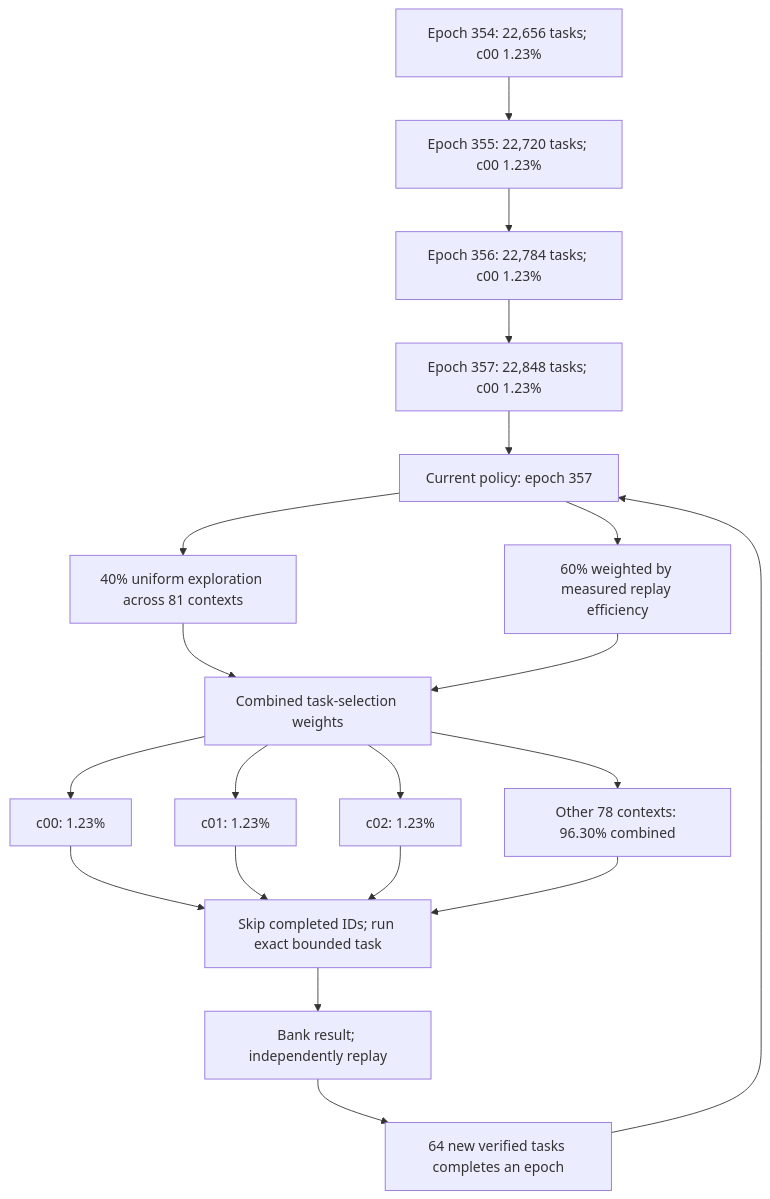
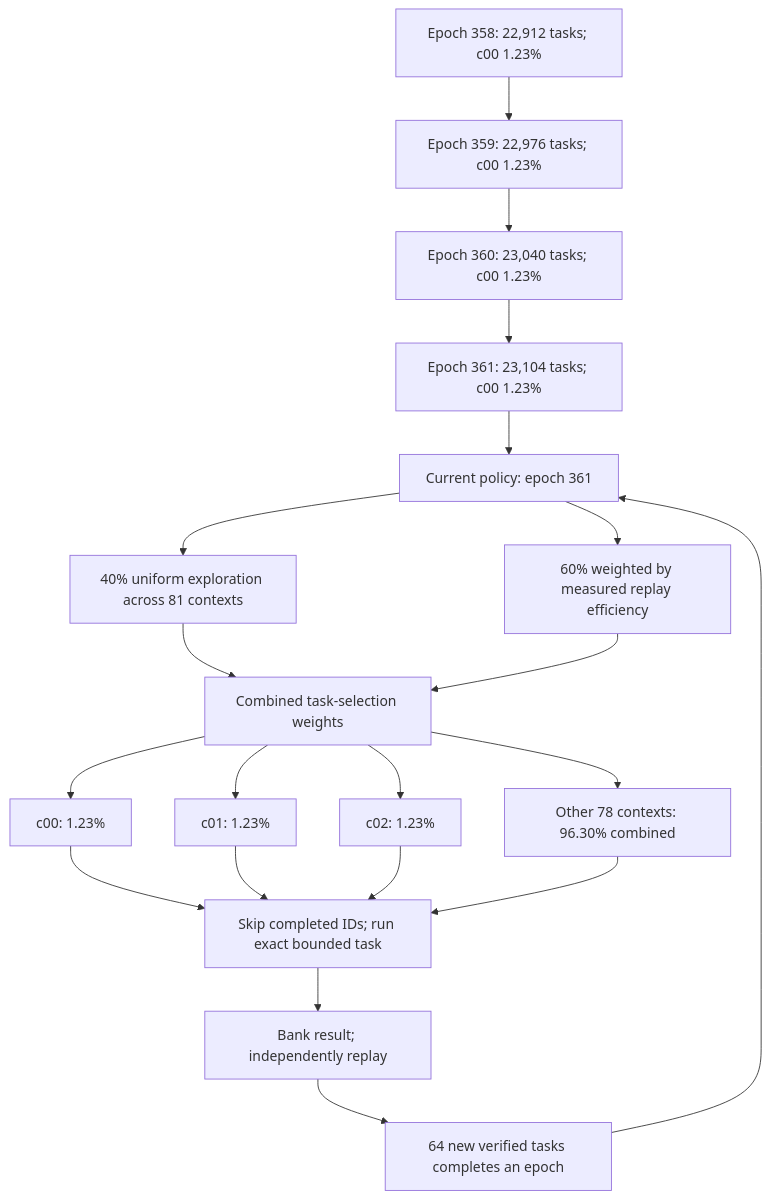
One commit to Kuberwastaken/math-gambling changed the first of 2 diagrams in README.md. Above: the diagram before and after it, drawn with Mermaid. The commit also changed other lines of this file and 598 other files, not shown here.

````diff
--- a/README.md
+++ b/README.md
@@ -49,27 +49,27 @@
 ```mermaid
 flowchart TD
-    H0["Epoch 354: 22,656 tasks; c00 1.23%"]
-    H1["Epoch 355: 22,720 tasks; c00 1.23%"]
+    H0["Epoch 358: 22,912 tasks; c00 1.23%"]
+    H1["Epoch 359: 22,976 tasks; c00 1.23%"]
     H0 --> H1
-    H2["Epoch 356: 22,784 tasks; c00 1.23%"]
+    H2["Epoch 360: 23,040 tasks; c00 1.23%"]
     H1 --> H2
-    H3["Epoch 357: 22,848 tasks; c00 1.23%"]
+    H3["Epoch 361: 23,104 tasks; c00 1.23%"]
     H2 --> H3
-    Policy["Current policy: epoch 357"]
+    Policy["Current policy: epoch 361"]
     H3 --> Policy
     Policy --> Explore["40% uniform exploration across 81 contexts"]
     Policy --> Cost["60% weighted by measured replay efficiency"]
     Explore --> Mix["Combined task-selection weights"]
     Cost --> Mix
     Mix --> C0["c00: 1.23%"]
     Mix --> C1["c01: 1.23%"]
     Mix --> C2["c02: 1.23%"]
     Mix --> Rest["Other 78 contexts: 96.30% combined"]
     C0 --> Check["Skip completed IDs; run exact bounded task"]
     C1 --> Check
     C2 --> Check
     Rest --> Check
     Check --> Replay["Bank result; independently replay"]
     Replay --> Gate["64 new verified tasks completes an epoch"]
     Gate --> Policy
 ```
````
